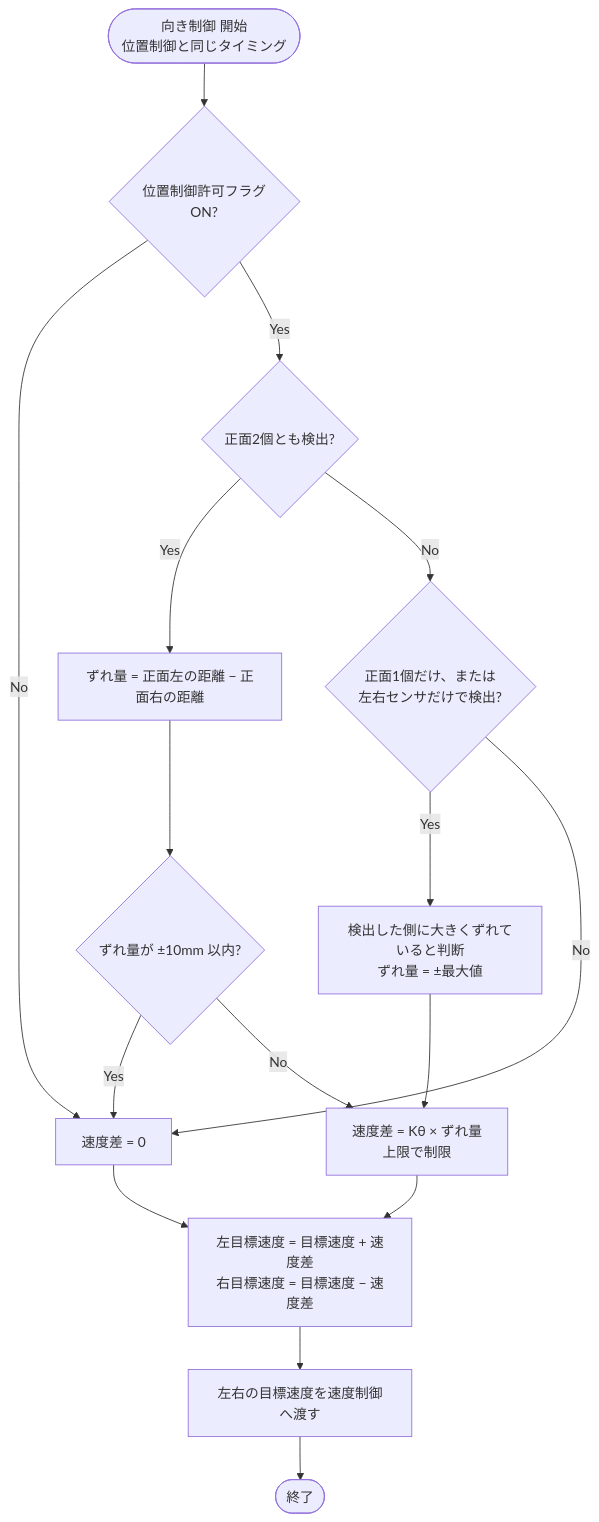
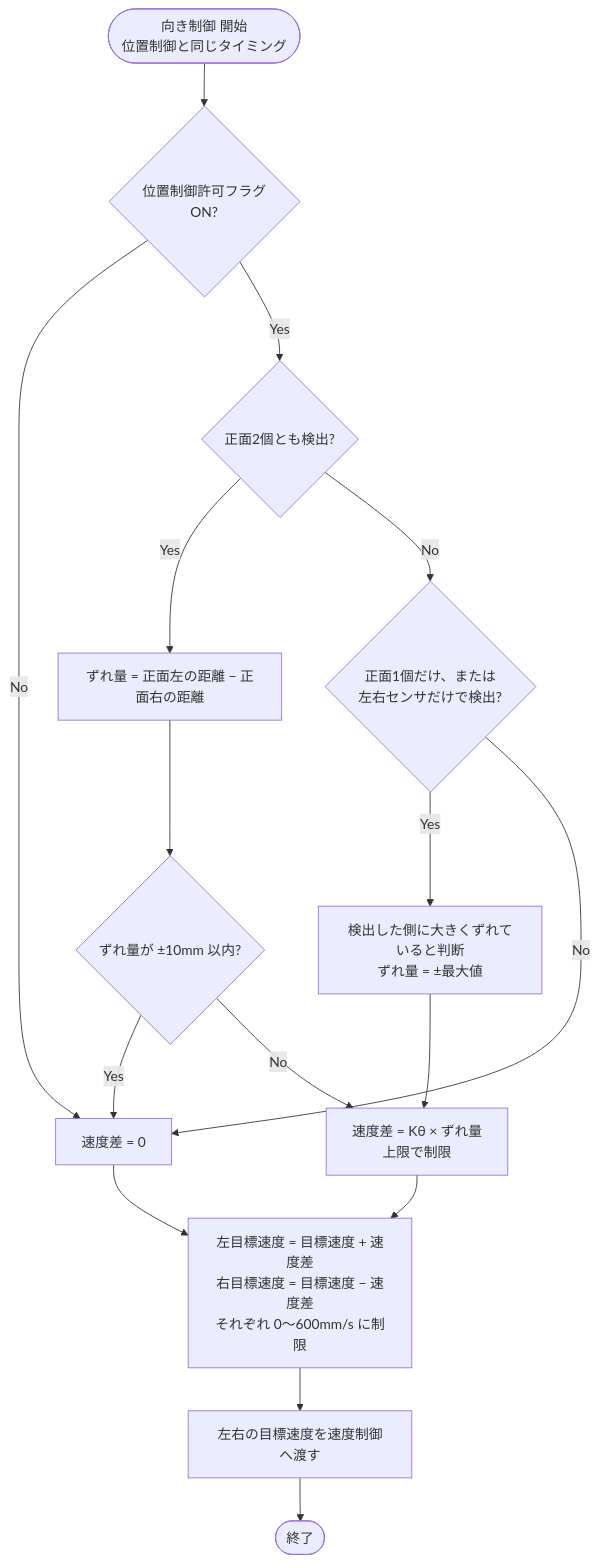
Before and after one commit to ry0000taro/Ultrasonic-Tracking-Vehicle: the diagram in docs/module/03_direction_control.md, drawn with Mermaid. The commit also changed other lines of this file and 4 other files, not shown here.

````diff
--- a/docs/module/03_direction_control.md
+++ b/docs/module/03_direction_control.md
@@ -21,18 +25,18 @@
 ```mermaid
 flowchart TD
     A(["向き制御 開始<br>位置制御と同じタイミング"]) --> B{"位置制御許可フラグ<br>ON?"}
     B -- "No" --> Z["速度差 = 0"]
     B -- "Yes" --> C{"正面2個とも検出?"}
     C -- "Yes" --> D["ずれ量 = 正面左の距離 − 正面右の距離"]
     C -- "No" --> E{"正面1個だけ、または<br>左右センサだけで検出?"}
     E -- "Yes" --> F["検出した側に大きくずれていると判断<br>ずれ量 = ±最大値"]
     E -- "No" --> Z
     D --> G{"ずれ量が ±10mm 以内?"}
     G -- "Yes" --> Z
     G -- "No" --> H["速度差 = Kθ × ずれ量<br>上限で制限"]
     F --> H
-    H --> I["左目標速度 = 目標速度 + 速度差<br>右目標速度 = 目標速度 − 速度差"]
+    H --> I["左目標速度 = 目標速度 + 速度差<br>右目標速度 = 目標速度 − 速度差<br>それぞれ 0〜600mm/s に制限"]
     Z --> I
     I --> J["左右の目標速度を速度制御へ渡す"]
     J --> K(["終了"])
 ```
````
